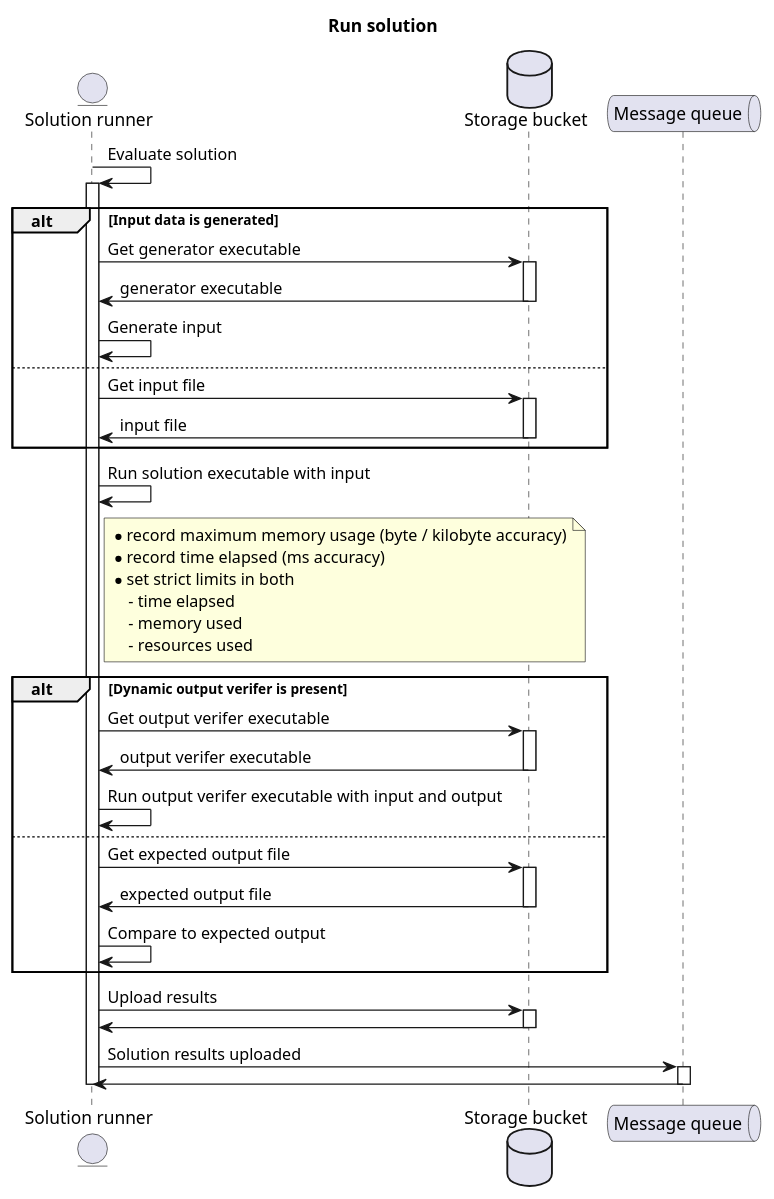
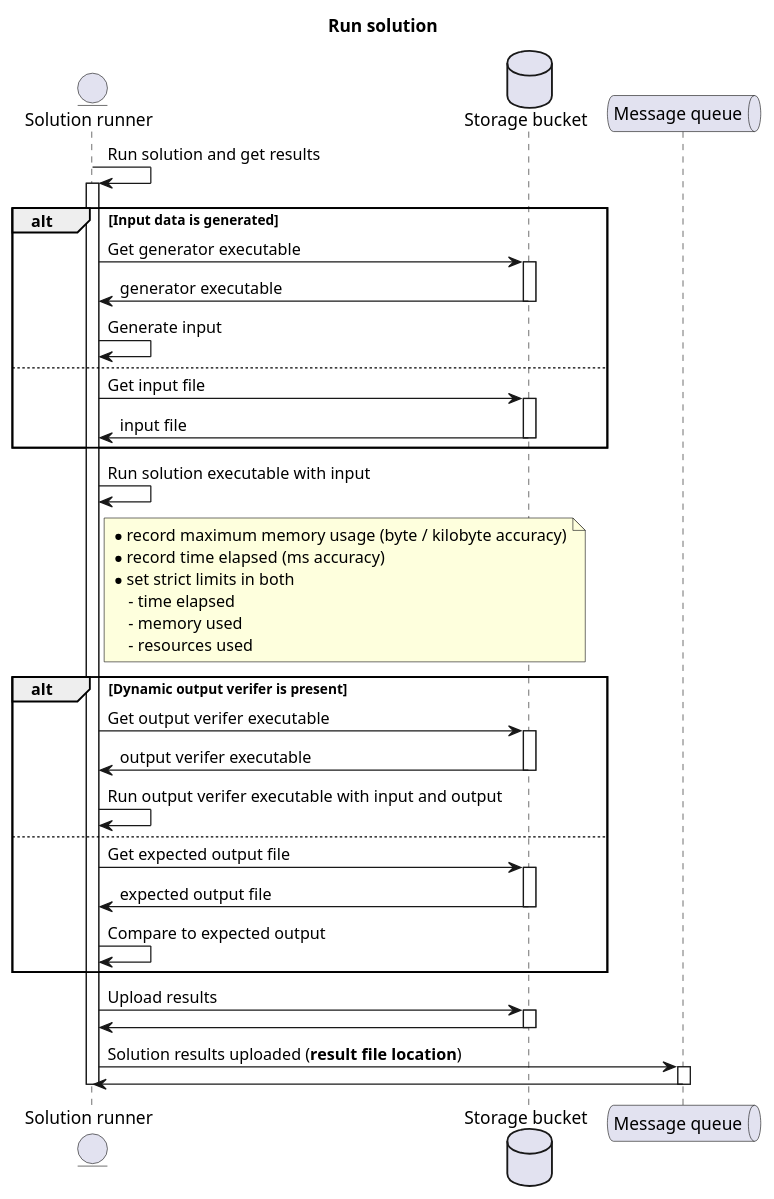
The diagram in specification/evaluate_challenge.plantuml (nemaberci/codehub), drawn with PlantUML before and after one commit. The commit also changed 3 other files, not shown here.

Commit message:
GH-1 Updated UML to be more consistent

```diff
--- a/specification/evaluate_challenge.plantuml
+++ b/specification/evaluate_challenge.plantuml
@@ -1,46 +1,46 @@
 @startuml Run solution
 title Run solution
 
 entity "Solution runner" as runner
 database "Storage bucket" as bucket
 queue "Message queue" as mq
 
-runner -> runner ++: Evaluate solution
+runner -> runner ++: Run solution and get results
 
 alt Input data is generated
 runner -> bucket ++: Get generator executable
 bucket -> runner --: generator executable
 runner -> runner : Generate input
 else
 runner -> bucket ++: Get input file
 bucket -> runner --: input file
 end
 
 runner -> runner : Run solution executable with input
 note right of runner
 * record maximum memory usage (byte / kilobyte accuracy)
 * record time elapsed (ms accuracy)
 * set strict limits in both
     - time elapsed
     - memory used
     - resources used
 end note
 
 alt Dynamic output verifer is present
 runner -> bucket ++: Get output verifer executable
 bucket -> runner --: output verifer executable
 runner -> runner : Run output verifer executable with input and output
 else
 runner -> bucket ++: Get expected output file
 bucket -> runner --: expected output file
 runner -> runner : Compare to expected output
 end
 
 runner -> bucket ++: Upload results
 bucket -> runner --
-runner -> mq ++: Solution results uploaded
+runner -> mq ++: Solution results uploaded (**result file location**)
 mq -> runner --
 
 deactivate runner
 
 @enduml
```
